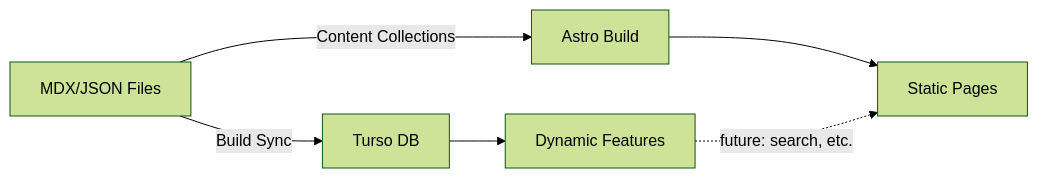
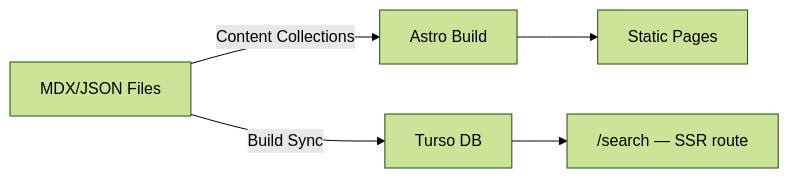
Before and after one commit to duckycoding-dev/ducky-coding: the first of 8 diagrams in docs/stable/architecture/architecture.md, drawn with Mermaid (forest theme). The commit also changed other lines of this file and 6 other files, not shown here.

````diff
--- a/docs/stable/architecture/architecture.md
+++ b/docs/stable/architecture/architecture.md
@@ -14,8 +37,7 @@
 ```mermaid
 graph LR
     A[MDX/JSON Files] -->|Content Collections| B[Astro Build]
     A -->|Build Sync| C[Turso DB]
     B --> D[Static Pages]
-    C --> E[Dynamic Features]
-    E -.->|future: search, etc.| D
+    C --> E["/search — SSR route"]
 ```
````
